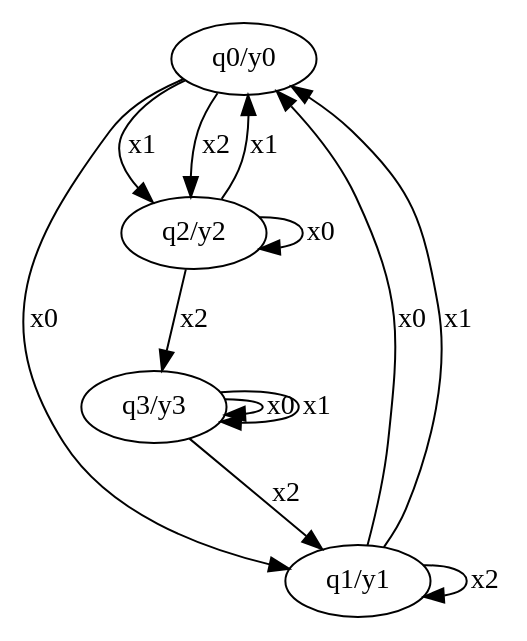
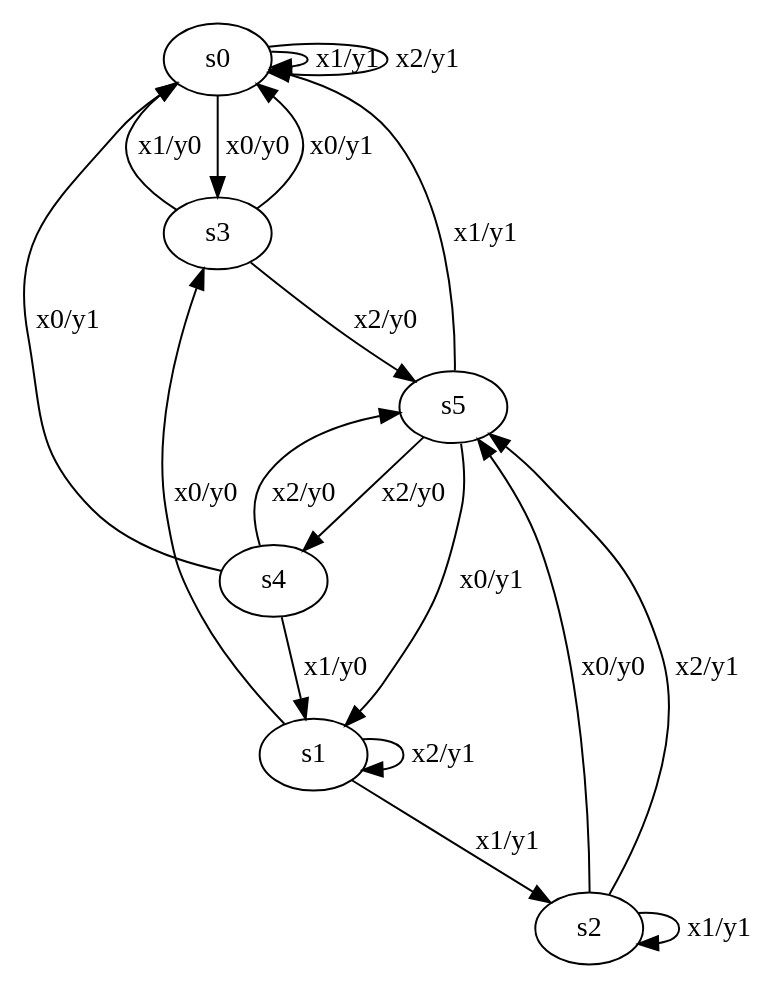
The diagram in Minimization/Minimization/out.dot (SmirnovR2003/TAiFYA), drawn with Graphviz before and after one commit. The commit also changed 22 other files, not shown here.

```diff
--- a/Minimization/Minimization/out.dot
+++ b/Minimization/Minimization/out.dot
@@ -1,14 +1,20 @@
 digraph {
-  "q0/y0" -> "q1/y1" [ label = "x0" ];
-  "q1/y1" -> "q0/y0" [ label = "x0" ];
-  "q2/y2" -> "q2/y2" [ label = "x0" ];
-  "q3/y3" -> "q3/y3" [ label = "x0" ];
-  "q0/y0" -> "q2/y2" [ label = "x1" ];
-  "q1/y1" -> "q0/y0" [ label = "x1" ];
-  "q2/y2" -> "q0/y0" [ label = "x1" ];
-  "q3/y3" -> "q3/y3" [ label = "x1" ];
-  "q0/y0" -> "q2/y2" [ label = "x2" ];
-  "q1/y1" -> "q1/y1" [ label = "x2" ];
-  "q2/y2" -> "q3/y3" [ label = "x2" ];
-  "q3/y3" -> "q1/y1" [ label = "x2" ];
+  "s0" -> "s3" [ label = "x0/y0" ];
+  "s1" -> "s3" [ label = "x0/y0" ];
+  "s2" -> "s5" [ label = "x0/y0" ];
+  "s3" -> "s0" [ label = "x0/y1" ];
+  "s4" -> "s0" [ label = "x0/y1" ];
+  "s5" -> "s1" [ label = "x0/y1" ];
+  "s0" -> "s0" [ label = "x1/y1" ];
+  "s1" -> "s2" [ label = "x1/y1" ];
+  "s2" -> "s2" [ label = "x1/y1" ];
+  "s3" -> "s0" [ label = "x1/y0" ];
+  "s4" -> "s1" [ label = "x1/y0" ];
+  "s5" -> "s0" [ label = "x1/y1" ];
+  "s0" -> "s0" [ label = "x2/y1" ];
+  "s1" -> "s1" [ label = "x2/y1" ];
+  "s2" -> "s5" [ label = "x2/y1" ];
+  "s3" -> "s5" [ label = "x2/y0" ];
+  "s4" -> "s5" [ label = "x2/y0" ];
+  "s5" -> "s4" [ label = "x2/y0" ];
 }
```
